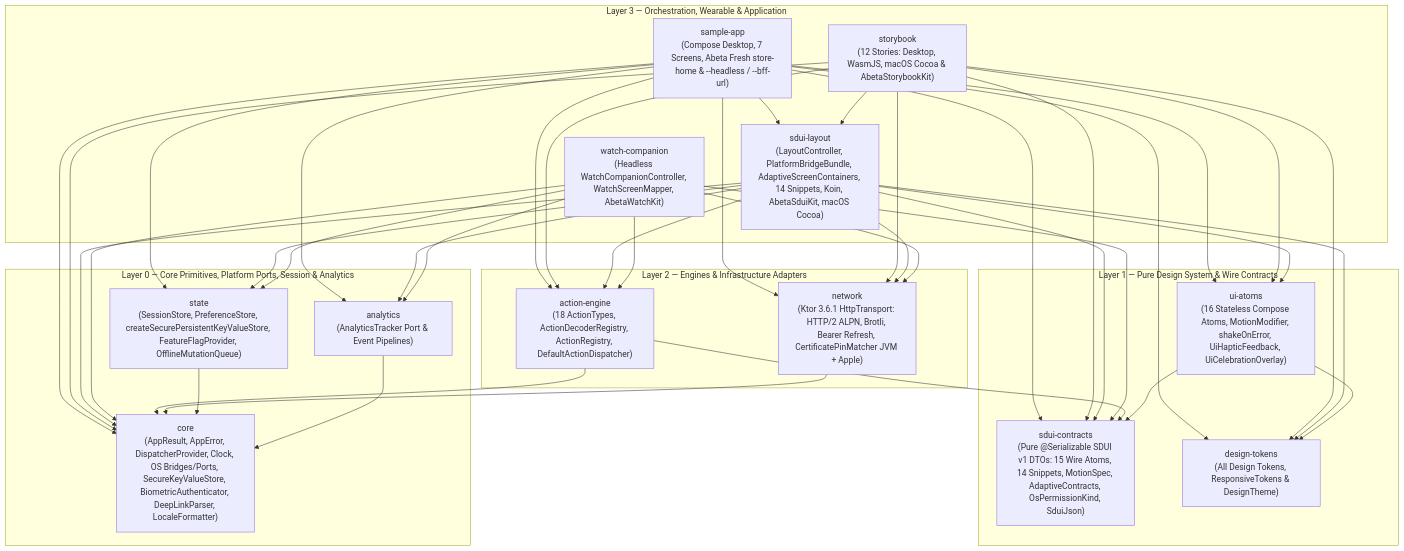
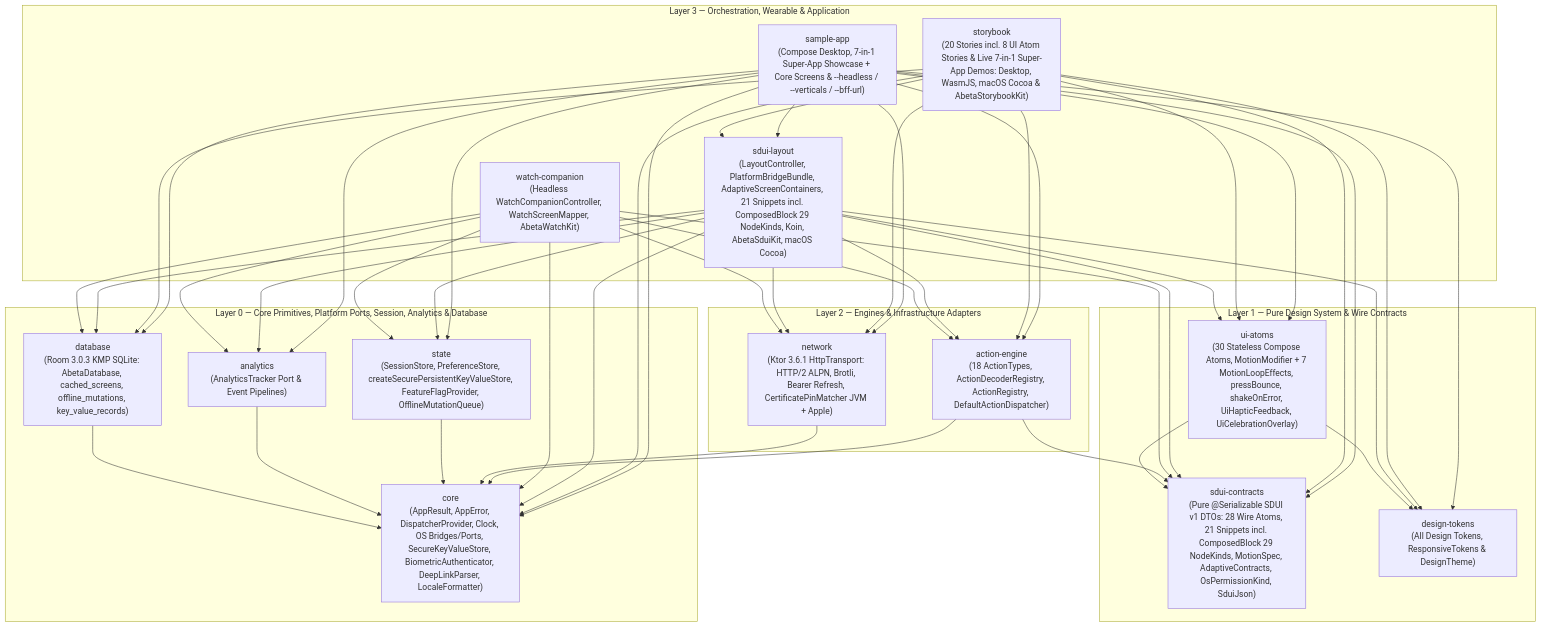
The first of 2 diagrams in docs/architecture.md (Abeta-dev/kmp), drawn with Mermaid before and after one commit. The commit also changed other lines of this file and 47 other files, not shown here.

Commit message:
docs: align all guides, wiki, skills, owners, and llms*.txt to v0.3.0, bff@v0.5.0, 30 atoms, and 7-in-1 Super-App

````diff
--- a/docs/architecture.md
+++ b/docs/architecture.md
@@ -9,71 +9,77 @@
 ```mermaid
 flowchart TB
     subgraph L3["Layer 3 — Orchestration, Wearable & Application"]
-        storybook["storybook\n(12 Stories: Desktop, WasmJS, macOS Cocoa & AbetaStorybookKit)"]
-        sampleApp["sample-app\n(Compose Desktop, 7 Screens, Abeta Fresh store-home & --headless / --bff-url)"]
-        layout["sdui-layout\n(LayoutController, PlatformBridgeBundle, AdaptiveScreenContainers, 14 Snippets, Koin, AbetaSduiKit, macOS Cocoa)"]
+        storybook["storybook\n(20 Stories incl. 8 UI Atom Stories & Live 7-in-1 Super-App Demos: Desktop, WasmJS, macOS Cocoa & AbetaStorybookKit)"]
+        sampleApp["sample-app\n(Compose Desktop, 7-in-1 Super-App Showcase + Core Screens & --headless / --verticals / --bff-url)"]
+        layout["sdui-layout\n(LayoutController, PlatformBridgeBundle, AdaptiveScreenContainers, 21 Snippets incl. ComposedBlock 29 NodeKinds, Koin, AbetaSduiKit, macOS Cocoa)"]
         watchCompanion["watch-companion\n(Headless WatchCompanionController, WatchScreenMapper, AbetaWatchKit)"]
     end
 
     subgraph L2["Layer 2 — Engines & Infrastructure Adapters"]
         actions["action-engine\n(18 ActionTypes, ActionDecoderRegistry, ActionRegistry, DefaultActionDispatcher)"]
         network["network\n(Ktor 3.6.1 HttpTransport: HTTP/2 ALPN, Brotli, Bearer Refresh, CertificatePinMatcher JVM + Apple)"]
     end
 
     subgraph L1["Layer 1 — Pure Design System & Wire Contracts"]
-        uiAtoms["ui-atoms\n(16 Stateless Compose Atoms, MotionModifier, shakeOnError, UiHapticFeedback, UiCelebrationOverlay)"]
-        sduiContracts["sdui-contracts\n(Pure @Serializable SDUI v1 DTOs: 15 Wire Atoms, 14 Snippets, MotionSpec, AdaptiveContracts, OsPermissionKind, SduiJson)"]
+        uiAtoms["ui-atoms\n(30 Stateless Compose Atoms, MotionModifier + 7 MotionLoopEffects, pressBounce, shakeOnError, UiHapticFeedback, UiCelebrationOverlay)"]
+        sduiContracts["sdui-contracts\n(Pure @Serializable SDUI v1 DTOs: 28 Wire Atoms, 21 Snippets incl. ComposedBlock 29 NodeKinds, MotionSpec, AdaptiveContracts, OsPermissionKind, SduiJson)"]
         designTokens["design-tokens\n(All Design Tokens, ResponsiveTokens & DesignTheme)"]
     end
 
-    subgraph L0["Layer 0 — Core Primitives, Platform Ports, Session & Analytics"]
+    subgraph L0["Layer 0 — Core Primitives, Platform Ports, Session, Analytics & Database"]
         core["core\n(AppResult, AppError, DispatcherProvider, Clock, OS Bridges/Ports, SecureKeyValueStore, BiometricAuthenticator, DeepLinkParser, LocaleFormatter)"]
         state["state\n(SessionStore, PreferenceStore, createSecurePersistentKeyValueStore, FeatureFlagProvider, OfflineMutationQueue)"]
         analytics["analytics\n(AnalyticsTracker Port & Event Pipelines)"]
+        database["database\n(Room 3.0.3 KMP SQLite: AbetaDatabase, cached_screens, offline_mutations, key_value_records)"]
     end
 
     sampleApp --> layout
     sampleApp --> actions
     sampleApp --> network
     sampleApp --> state
     sampleApp --> analytics
+    sampleApp --> database
     sampleApp --> uiAtoms
     sampleApp --> sduiContracts
     sampleApp --> designTokens
     sampleApp --> core
 
     storybook --> layout
     storybook --> actions
     storybook --> network
+    storybook --> database
     storybook --> uiAtoms
     storybook --> sduiContracts
     storybook --> designTokens
     storybook --> core
 
     layout --> uiAtoms
     layout --> sduiContracts
     layout --> designTokens
     layout --> actions
     layout --> network
     layout --> state
     layout --> analytics
+    layout --> database
     layout --> core
 
     watchCompanion --> actions
     watchCompanion --> network
     watchCompanion --> sduiContracts
     watchCompanion --> state
     watchCompanion --> analytics
+    watchCompanion --> database
     watchCompanion --> core
 
     actions --> sduiContracts
     actions --> core
 
     network --> core
 
     uiAtoms --> sduiContracts
     uiAtoms --> designTokens
 
     state --> core
     analytics --> core
+    database --> core
 ```
````
